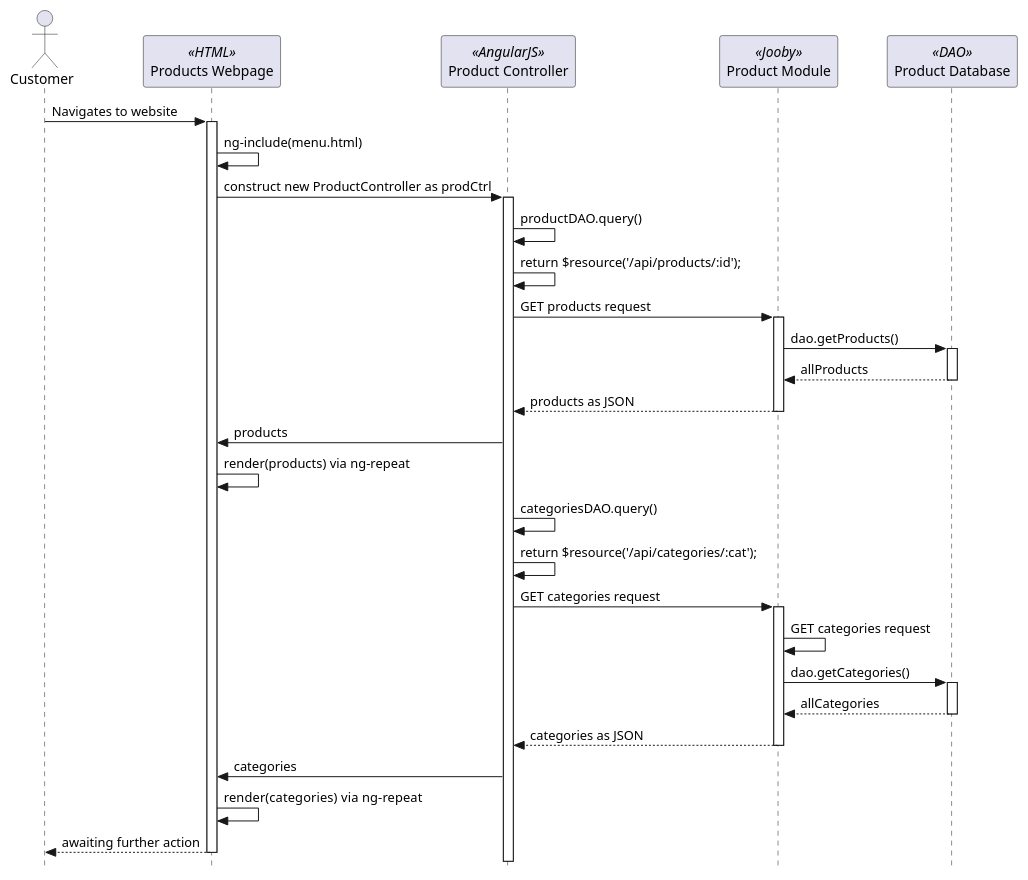
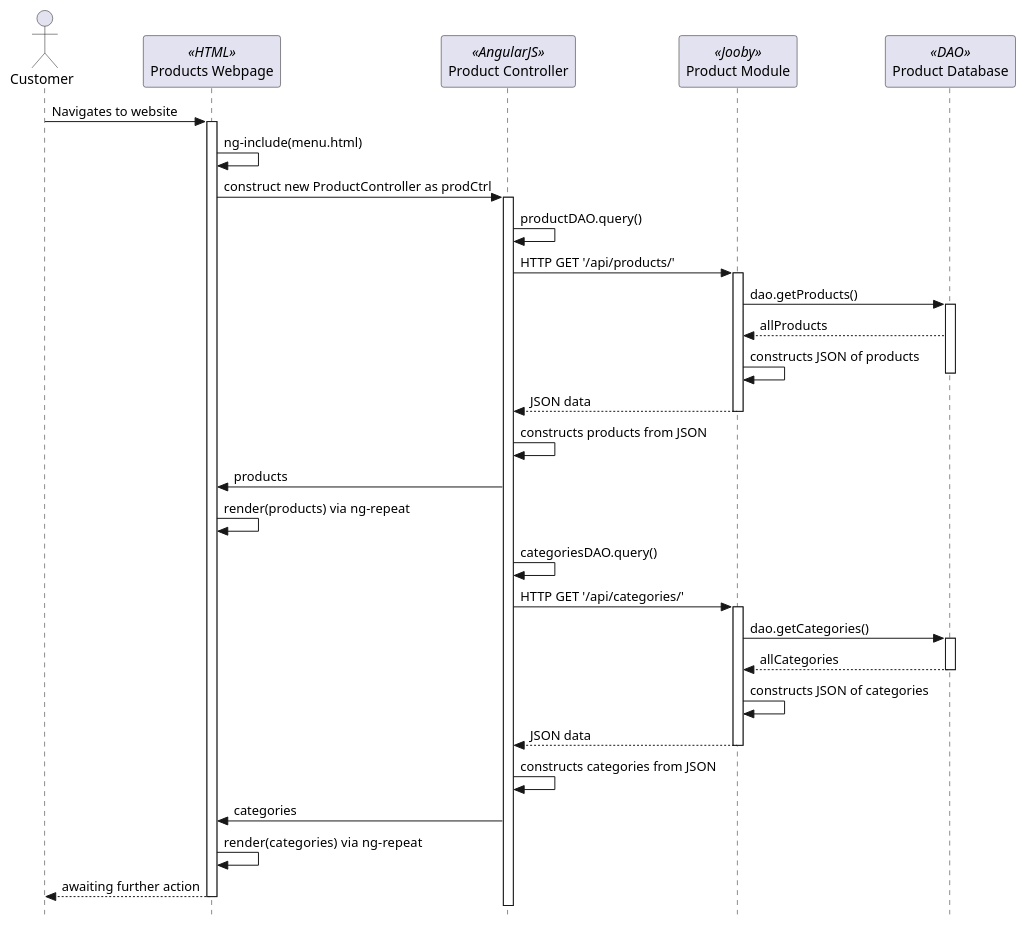
One commit to nikolahmcwin/shoppingSystem-info202 changed the diagram in sequenceDiagrams/webViewProducts.puml. Above: the diagram before and after it, drawn with PlantUML.

Commit message:
Final additions to sequence diagram. Closes #17

```diff
--- a/sequenceDiagrams/webViewProducts.puml
+++ b/sequenceDiagrams/webViewProducts.puml
@@ -1,86 +1,91 @@
 @startuml
 
 
 ' use strict UML mode
 skinparam style strictuml
 
 ' create actor user
 actor "Customer" as user
 
 ' create participants
 participant "Products Webpage" as web <<HTML>>
 
 participant "Product Controller" as controller <<AngularJS>>
 participant "Product Module" as jooby <<Jooby>>
 participant  "Product Database" as dao <<DAO>>
 
 'participant "AngularJS Cust Controller" as cust
 'participant "AngularJS Product Controller" as controller 
 'participant "Product Database" as dao
 
 'create "Product Database" as dao <<DAO>>
 'jooby -> dao : construct
 
 'jooby-> jooby : use(new Gzon())
 'jooby-> jooby : use(new ProductModule(dao))
 'jooby-> jooby : use(new CustomerModule(custDao))
 'jooby-> jooby : use(new AssetModule())
 
 user -> web++ : Navigates to website
 web-> web : ng-include(menu.html)
 'user -> web : Clicks 'Sign in' on nav bar
 
 'web-> web : Redirects to 'signin.html'
 'web-> cust++ : construct new CustomerController as custCtrl
 'create "Customer Controller" as cust <<AngularJS>>
 'web -> cust++ : construct new CustomerController as custCtrl
 'cust -> web : signInMessage = "Please sign in to continue"
 
 'user -> web : Enters username and password
 'user -> web : Clicks 'Sign in'
 
 'web -> cust : custCtrl.signIn(username, password)
 'cust -> cust : $sessionStorage.customer = customer
 'cust --> web : redirects to 'index.html'
 'cust--
 
 'user -> web : Clicks 'Browse Products' in the nav bar
 'web-> web : Redirects to 'products.html'
 'web -> controller++ : construct new ProductController as prodCtrl
 'create "Product Controller" as controller <<AngularJS>>
 
 web -> controller++ : construct new ProductController as prodCtrl
 
 controller -> controller : productDAO.query()
-controller -> controller : return $resource('/api/products/:id');
-controller -> jooby++ : GET products request
+'controller -> controller : return $resource('/api/products/:id');
+controller -> jooby++ : HTTP GET '/api/products/'
 jooby -> dao++ : dao.getProducts()
 dao --> jooby : allProducts
+jooby -> jooby : constructs JSON of products
 dao--
-jooby --> controller : products as JSON
+jooby --> controller : JSON data
 jooby--
+controller -> controller : constructs products from JSON
+
 controller -> web : products
 web -> web : render(products) via ng-repeat
 
 
 controller -> controller  : categoriesDAO.query()
-controller -> controller : return $resource('/api/categories/:cat');
-controller -> jooby++ : GET categories request
-jooby -> jooby : GET categories request
+'controller -> controller : return $resource('/api/categories/:cat');
+controller -> jooby++ :  HTTP GET '/api/categories/'
 jooby -> dao++ : dao.getCategories()
 dao --> jooby : allCategories
 dao--
-jooby --> controller : categories as JSON
+jooby -> jooby : constructs JSON of categories
+dao--
+jooby --> controller : JSON data
 jooby--
+controller -> controller : constructs categories from JSON
 
 
 
 ' ng-repeat="product in prodCtrl.products"
 controller -> web : categories
 web -> web : render(categories)  via ng-repeat
 web --> user : awaiting further action
 web--
 
 
 
 @enduml
```
